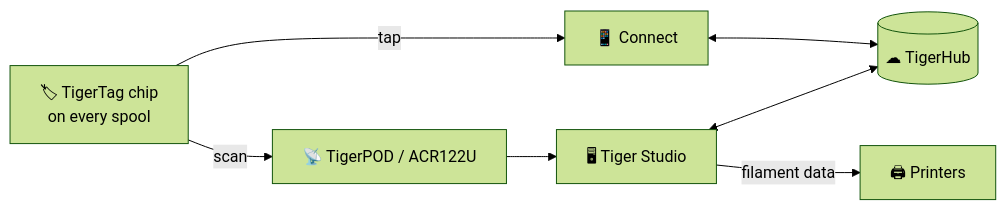
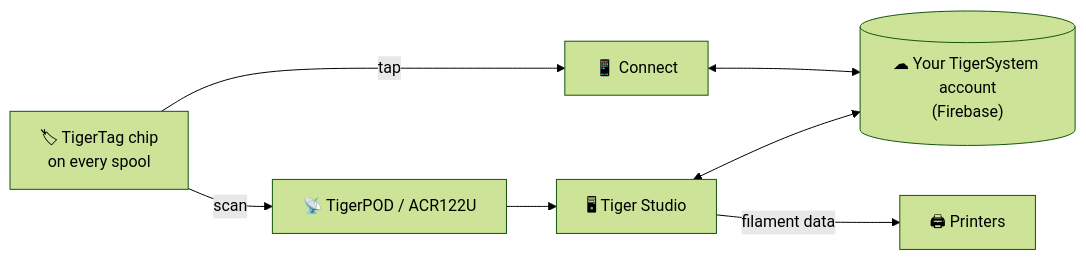
One commit to TigerTag-Project/TigerSystem-Docs changed the diagram in docs/products/tigertag.md. Above: the diagram before and after it, drawn with Mermaid (forest theme). The commit also changed 22 other files, not shown here.

Commit message:
Correct the TigerHub definition: TigerHub is the tigersystem.io web platform (showcase + social sandbox); the backend is plain, unbranded Firebase

````diff
--- a/docs/products/tigertag.md
+++ b/docs/products/tigertag.md
@@ -15,7 +15,7 @@
 ```mermaid
 flowchart LR
     TAG["🏷 TigerTag chip<br/>on every spool"] -- "tap" --> CO["📱 Connect"]
     TAG -- "scan" --> RD["📡 TigerPOD / ACR122U"] --> ST["🖥 Tiger Studio"]
-    CO & ST <--> CLOUD[("☁ TigerHub")]
+    CO & ST <--> CLOUD[("☁ Your TigerSystem account<br/>(Firebase)")]
     ST -- "filament data" --> PRN["🖨 Printers"]
 ```
````
